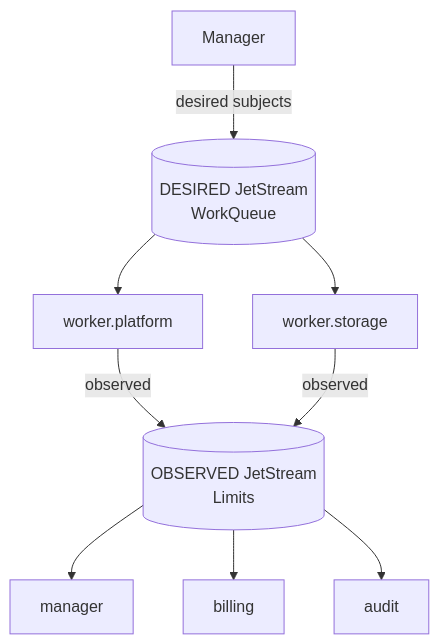
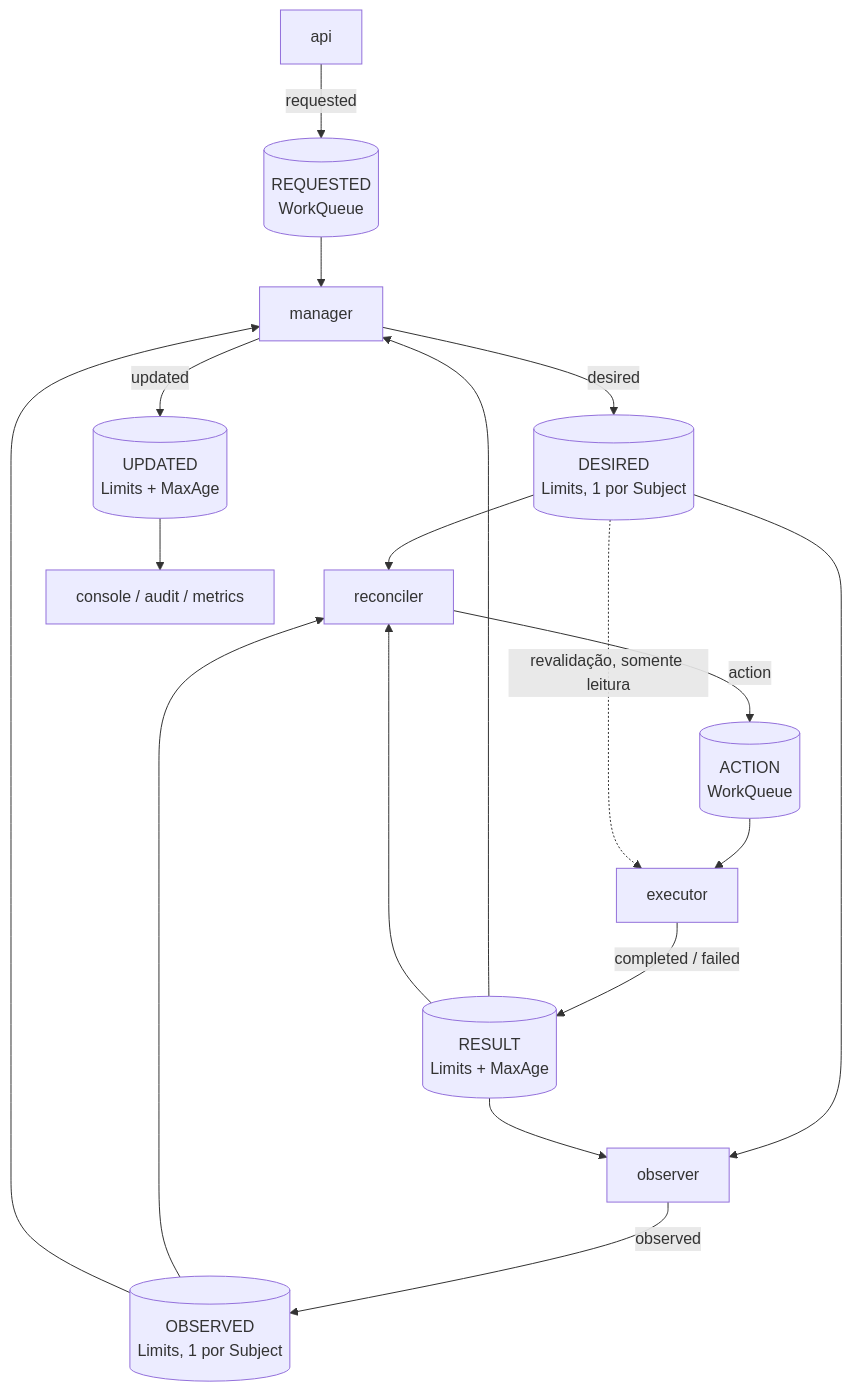
Before and after one commit to danielsabatini/smarkee: the fifth of 6 diagrams in docs/NATS.md, drawn with Mermaid. The commit also changed other lines of this file, not shown here.

First line of the commit message:
docs(nats): alinhar ao MESSAGING e definir um stream por messageType

````diff
--- a/docs/NATS.md
+++ b/docs/NATS.md
@@ -711,11 +783,20 @@
 ```mermaid
 graph TD
-    Manager[Manager] -->|desired subjects| DesiredJS[(DESIRED JetStream<br/>WorkQueue)]
-    DesiredJS --> WorkerPlatform[worker.platform]
-    DesiredJS --> WorkerStorage[worker.storage]
-    WorkerPlatform -->|observed| ObservedJS[(OBSERVED JetStream<br/>Limits)]
-    WorkerStorage -->|observed| ObservedJS
-    ObservedJS --> M[manager]
-    ObservedJS --> B[billing]
-    ObservedJS --> A[audit]
+    API[api] -->|requested| REQ[(REQUESTED<br/>WorkQueue)]
+    REQ --> MGR[manager]
+    MGR -->|desired| DES[(DESIRED<br/>Limits, 1 por Subject)]
+    OBS[observer] -->|observed| OBSD[(OBSERVED<br/>Limits, 1 por Subject)]
+    DES --> REC[reconciler]
+    DES --> OBS
+    OBSD --> REC
+    OBSD --> MGR
+    REC -->|action| ACT[(ACTION<br/>WorkQueue)]
+    ACT --> EXE[executor]
+    DES -.->|revalidação, somente leitura| EXE
+    EXE -->|completed / failed| RES[(RESULT<br/>Limits + MaxAge)]
+    RES --> MGR
+    RES --> OBS
+    RES --> REC
+    MGR -->|updated| UPD[(UPDATED<br/>Limits + MaxAge)]
+    UPD --> CON[console / audit / metrics]
 ```
````
